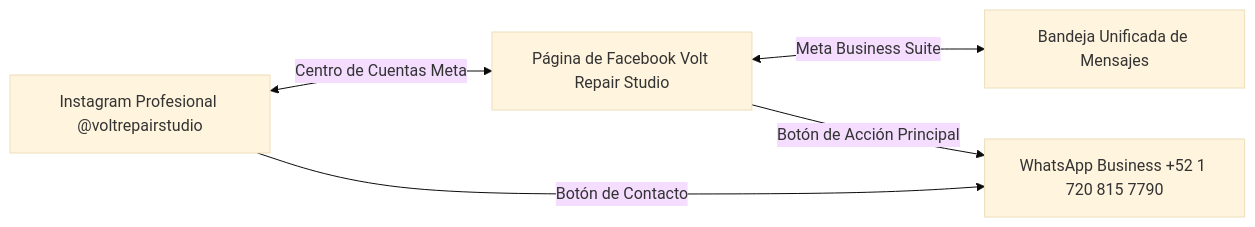
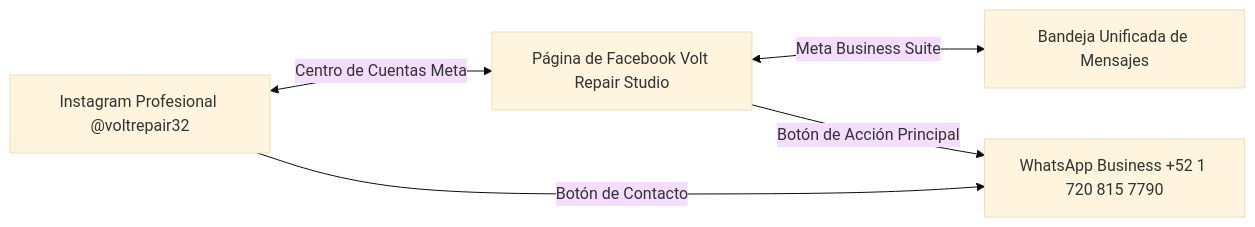
One commit to Anubys6/volt-repair-studio changed the second of 2 diagrams in marketing/MANUAL-VINCULACION-META-Y-ESTRATEGIA-TIKTOK.md. Above: the diagram before and after it, drawn with Mermaid (base theme). The commit also changed other lines of this file and 3 other files, not shown here.

````diff
--- a/marketing/MANUAL-VINCULACION-META-Y-ESTRATEGIA-TIKTOK.md
+++ b/marketing/MANUAL-VINCULACION-META-Y-ESTRATEGIA-TIKTOK.md
@@ -217,7 +217,7 @@
 ```mermaid
 flowchart LR
-    A[Instagram Profesional @voltrepairstudio] <-->|Centro de Cuentas Meta| B[Página de Facebook Volt Repair Studio]
+    A[Instagram Profesional @voltrepair32] <-->|Centro de Cuentas Meta| B[Página de Facebook Volt Repair Studio]
     B <-->|Meta Business Suite| C[Bandeja Unificada de Mensajes]
     A -->|Botón de Contacto| D[WhatsApp Business +52 1 720 815 7790]
     B -->|Botón de Acción Principal| D
 ```
````
